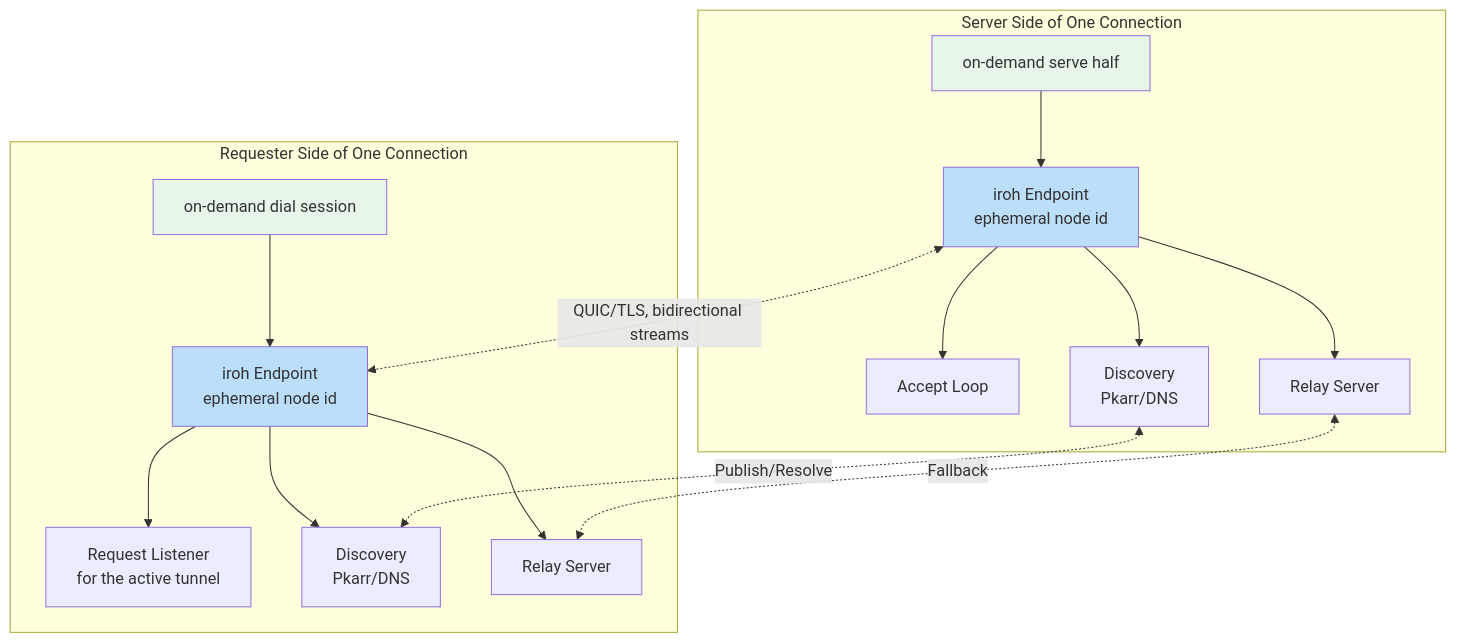
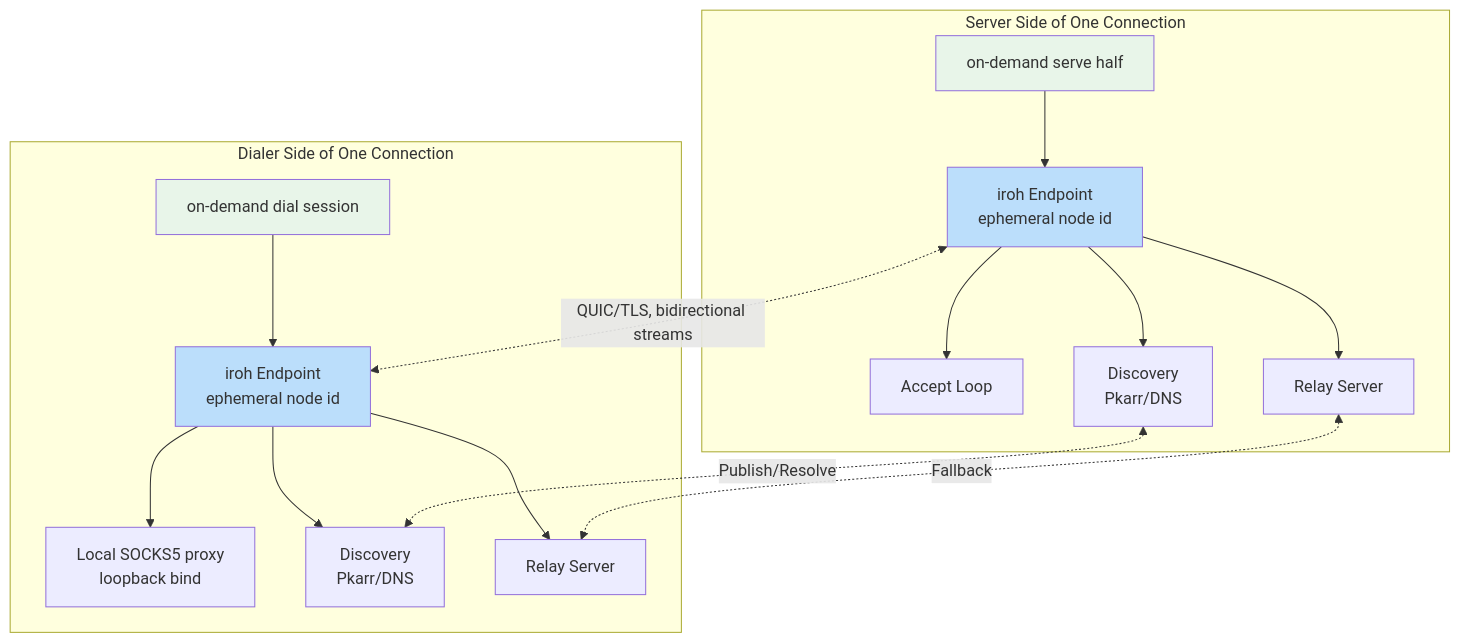
The fifth of 21 diagrams in docs/ARCHITECTURE.md (andrewtheguy/duopipe), drawn with Mermaid before and after one commit. The commit also changed other lines of this file and 11 other files, not shown here.

````diff
--- a/docs/ARCHITECTURE.md
+++ b/docs/ARCHITECTURE.md
@@ -162,37 +165,37 @@
 ```mermaid
 graph TB
     subgraph "Server Side of One Connection"
         A[on-demand serve half]
         B[iroh Endpoint<br/>ephemeral node id]
         C[Accept Loop]
         D[Discovery<br/>Pkarr/DNS]
         E[Relay Server]
     end
 
-    subgraph "Requester Side of One Connection"
+    subgraph "Dialer Side of One Connection"
         F[on-demand dial session]
         G[iroh Endpoint<br/>ephemeral node id]
-        H[Request Listener<br/>for the active tunnel]
+        H[Local SOCKS5 proxy<br/>loopback bind]
         I[Discovery<br/>Pkarr/DNS]
         J[Relay Server]
     end
 
     A --> B
     B --> C
     B --> D
     B --> E
 
     F --> G
     G --> H
     G --> I
     G --> J
 
     B <-.QUIC/TLS, bidirectional streams.-> G
     D <-.Publish/Resolve.-> I
     E <-.Fallback.-> J
 
     style A fill:#E8F5E9
     style F fill:#E8F5E9
     style B fill:#BBDEFB
     style G fill:#BBDEFB
 ```
````
